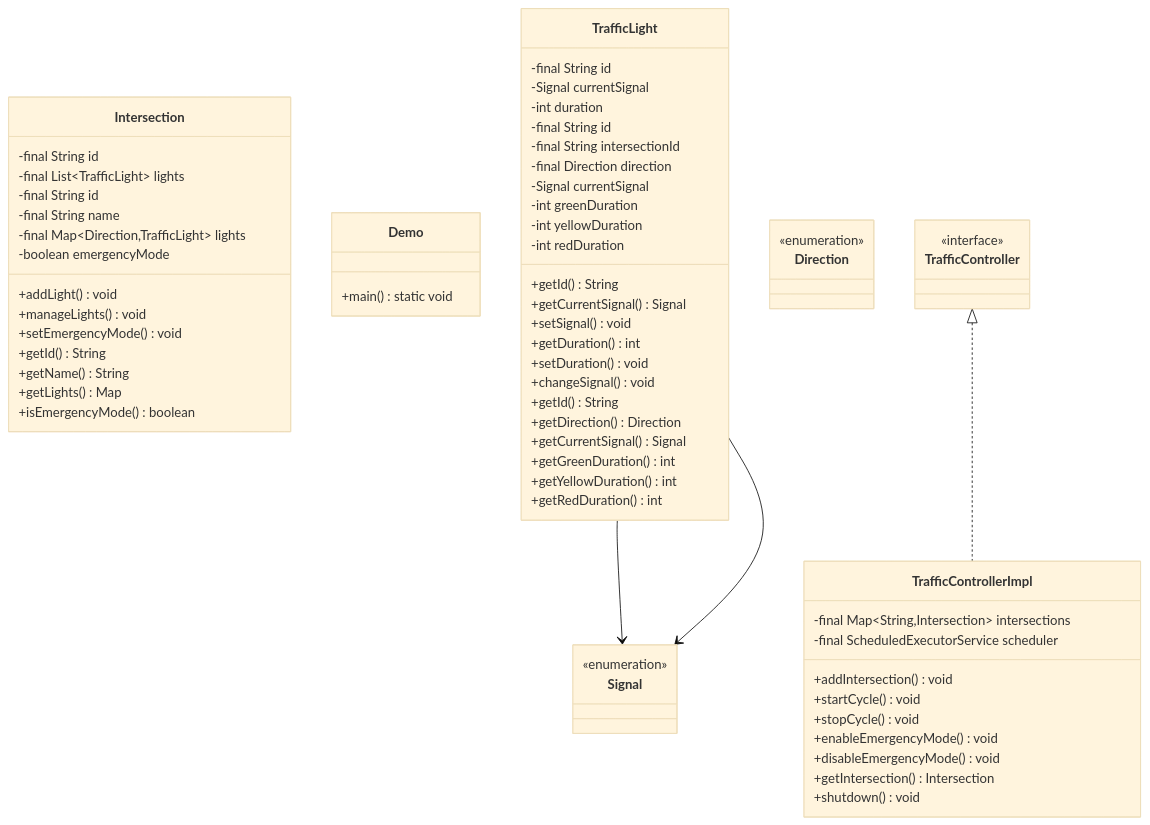
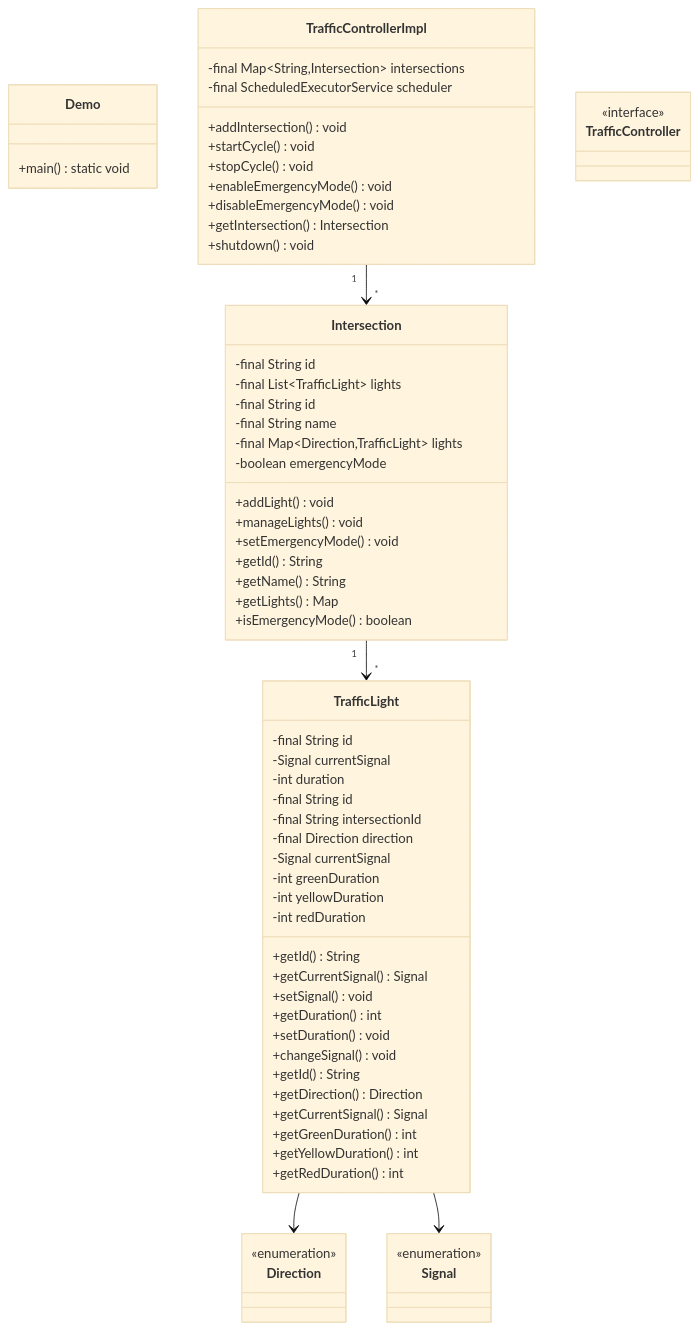
The diagram in docs/problems/trafficcontrol/README.md (dlkr18/lld-playbook), drawn with Mermaid (base theme) before and after one commit. The commit also changed 119 other files, not shown here.

First line of the commit message:
feat: add comprehensive relationships to all class diagrams

````diff
--- a/docs/problems/trafficcontrol/README.md
+++ b/docs/problems/trafficcontrol/README.md
@@ -63,79 +63,80 @@
 ```mermaid
 classDiagram
 
     class Intersection {
         -final String id
         -final List~TrafficLight~ lights
         +addLight() void
         +manageLights() void
     }
 
     class Demo {
         +main() static void
     }
 
     class TrafficLight {
         -final String id
         -Signal currentSignal
         -int duration
         +getId() String
         +getCurrentSignal() Signal
         +setSignal() void
         +getDuration() int
         +setDuration() void
     }
 
     class TrafficControllerImpl {
         -final Map~String,Intersection~ intersections
         -final ScheduledExecutorService scheduler
         +addIntersection() void
         +startCycle() void
         +stopCycle() void
         +enableEmergencyMode() void
         +disableEmergencyMode() void
         +getIntersection() Intersection
         +shutdown() void
     }
 
     class Intersection {
         -final String id
         -final String name
         -final Map~Direction,TrafficLight~ lights
         -boolean emergencyMode
         +setEmergencyMode() void
         +getId() String
         +getName() String
         +getLights() Map<Direction, TrafficLight>
         +isEmergencyMode() boolean
     }
 
     class TrafficLight {
         -final String id
         -final String intersectionId
         -final Direction direction
         -Signal currentSignal
         -int greenDuration
         -int yellowDuration
         -int redDuration
         +changeSignal() void
         +getId() String
         +getDirection() Direction
         +getCurrentSignal() Signal
         +getGreenDuration() int
         +getYellowDuration() int
         +getRedDuration() int
     }
 
     class Direction
     <<enumeration>> Direction
 
     class Signal
     <<enumeration>> Signal
 
     class TrafficController
     <<interface>> TrafficController
 
+    Intersection "1" --> "*" TrafficLight
+    TrafficLight --> Direction
     TrafficLight --> Signal
-    TrafficController <|.. TrafficControllerImpl
-    TrafficLight --> Signal
+    TrafficControllerImpl "1" --> "*" Intersection
 ```
````
